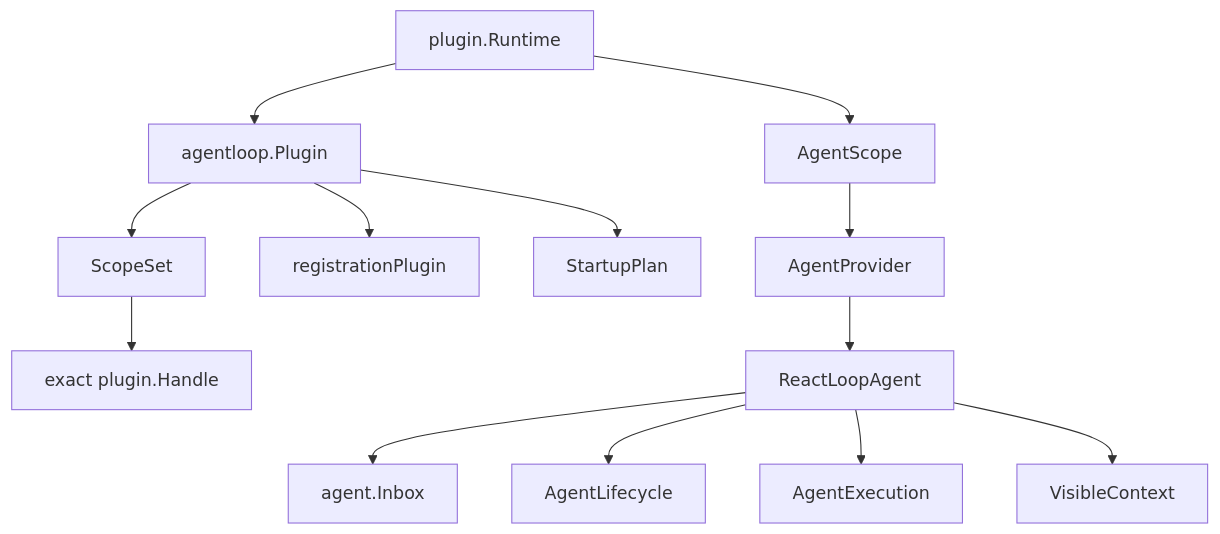
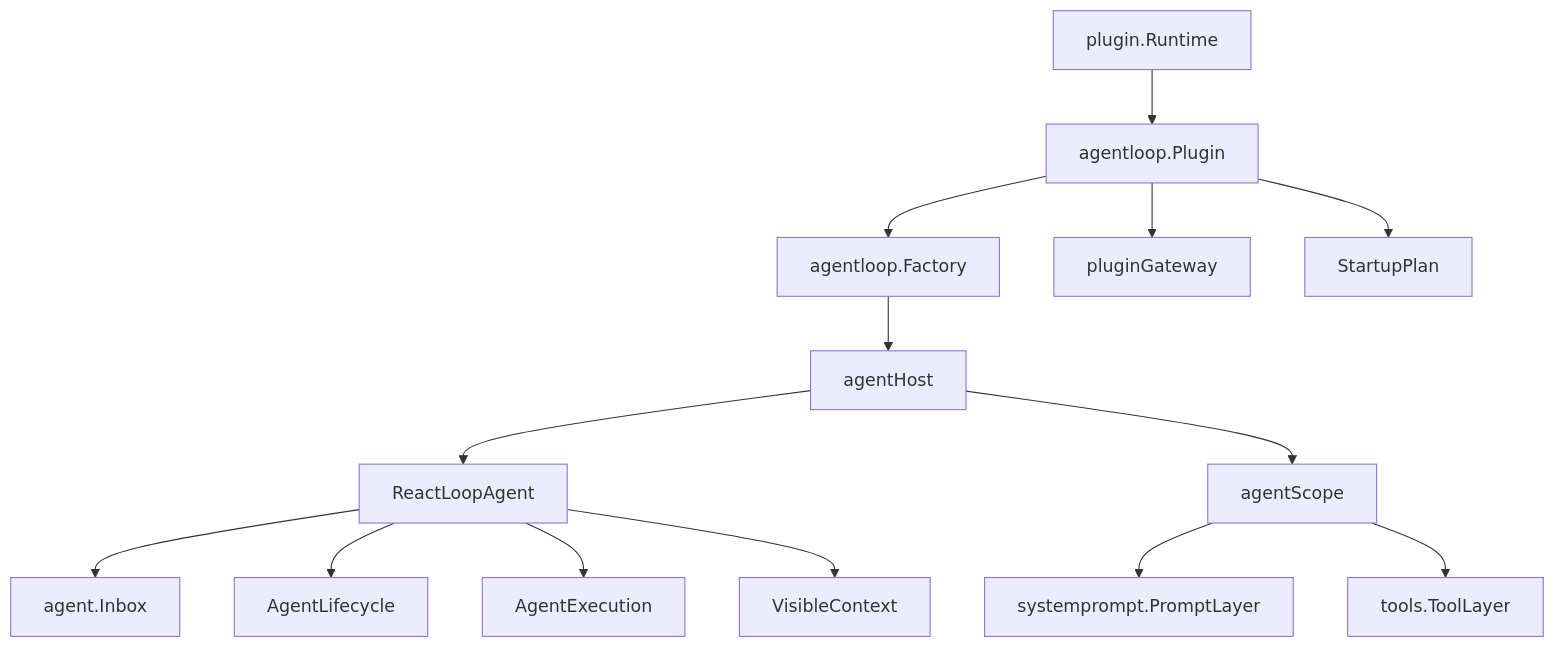
One commit to gorenx/goren changed the first of 7 diagrams in zh-CN/15-agent-loop-and-request-driver.md. Above: the diagram before and after it, drawn with Mermaid. The commit also changed other lines of this file and 29 other files, not shown here.

Commit message:
docs(agent): record plugin-neutral lifecycle design

````diff
--- a/zh-CN/15-agent-loop-and-request-driver.md
+++ b/zh-CN/15-agent-loop-and-request-driver.md
@@ -66,15 +67,16 @@
 ```mermaid
 flowchart TD
     Runtime[plugin.Runtime] --> Root[agentloop.Plugin]
-    Root --> Scopes[ScopeSet]
-    Root --> Registration[registrationPlugin]
+    Root --> Factory[agentloop.Factory]
+    Root --> Gateway[pluginGateway]
     Root --> Startup[StartupPlan]
-    Scopes --> Handle[exact plugin.Handle]
-    Runtime --> Scope[AgentScope]
-    Scope --> Provider[AgentProvider]
-    Provider --> Agent[ReactLoopAgent]
+    Factory --> Host[agentHost]
+    Host --> Agent[ReactLoopAgent]
+    Host --> Scope[agentScope]
+    Scope --> Prompt[systemprompt.PromptLayer]
+    Scope --> Tools[tools.ToolLayer]
     Agent --> Inbox[agent.Inbox]
     Agent --> Lifecycle[AgentLifecycle]
     Agent --> Execution[AgentExecution]
     Agent --> Visible[VisibleContext]
 ```
````
